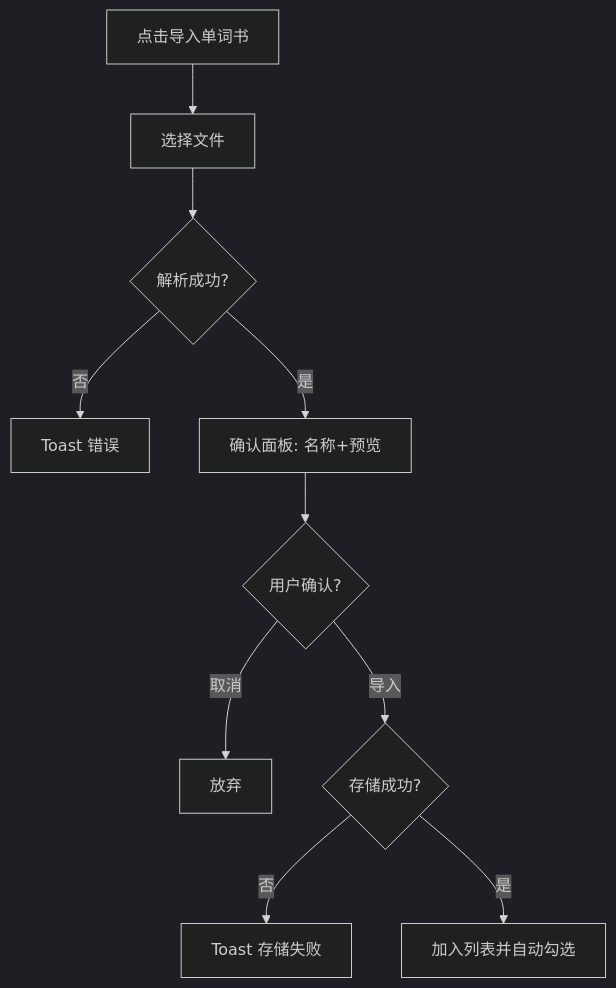
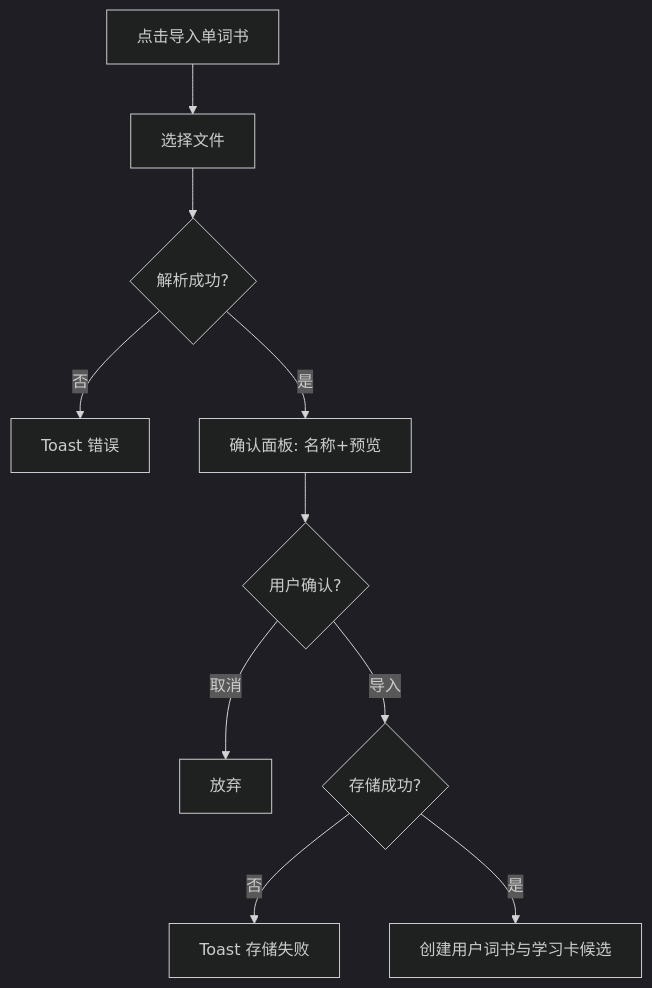
The second of 5 diagrams in docs/wordflip/requirements.md (Co-So/word-flip), drawn with Mermaid (dark theme) before and after one commit. The commit also changed other lines of this file and 215 other files, not shown here.

````diff
--- a/docs/wordflip/requirements.md
+++ b/docs/wordflip/requirements.md
@@ -195,12 +195,12 @@
 ```mermaid
 flowchart TD
   A[点击导入单词书] --> B[选择文件]
   B --> C{解析成功?}
   C -->|否| D[Toast 错误]
   C -->|是| E[确认面板: 名称+预览]
   E --> F{用户确认?}
   F -->|取消| G[放弃]
   F -->|导入| H{存储成功?}
   H -->|否| I[Toast 存储失败]
-  H -->|是| J[加入列表并自动勾选]
+  H -->|是| J[创建用户词书与学习卡候选]
 ```
````
